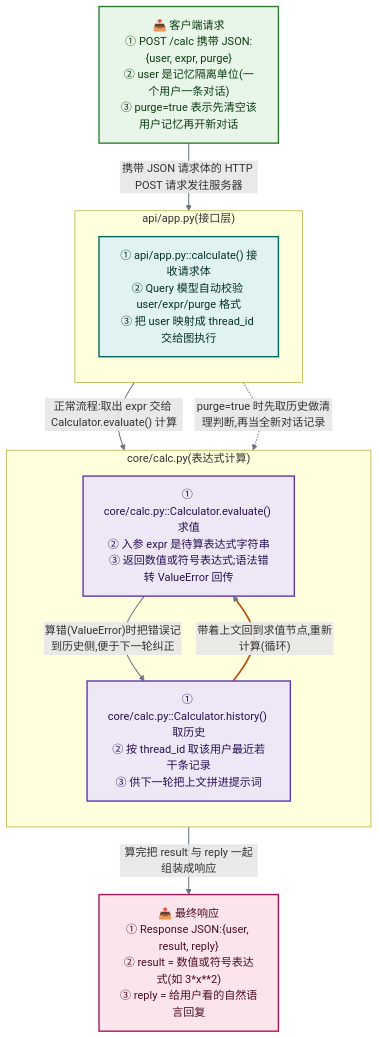
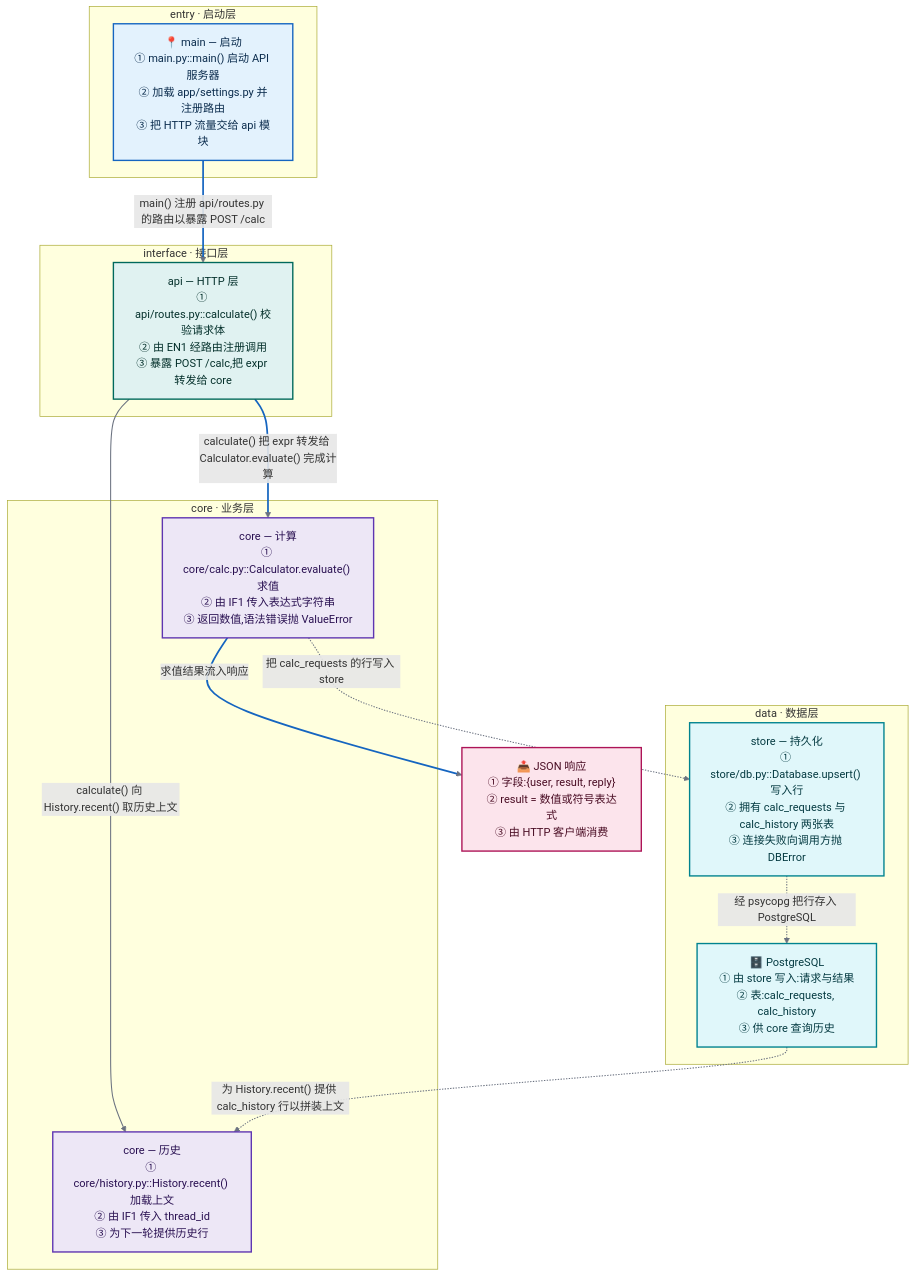
One commit to CaoN1Ma/PROJECT_FLOW changed the diagram in README.zh-CN.md. Above: the diagram before and after it, drawn with Mermaid. The commit also changed other lines of this file and 3 other files, not shown here.

````diff
--- a/README.zh-CN.md
+++ b/README.zh-CN.md
@@ -17,38 +17,46 @@
 ```mermaid
 flowchart TD
     %% ---- 配色类:底色 / 描边 / 文字色三件套 ----
+    classDef entry fill:#e3f2fd,stroke:#1565c0,stroke-width:2px,color:#0b2c4d
     classDef iface fill:#e0f2f1,stroke:#00695c,stroke-width:2px,color:#04302b
     classDef core  fill:#ede7f6,stroke:#5e35b1,stroke-width:2px,color:#2a1152
-    classDef io    fill:#e8f5e9,stroke:#2e7d32,stroke-width:2px,color:#0c3d12
+    classDef data  fill:#e0f7fa,stroke:#00838f,stroke-width:2px,color:#053b42
     classDef out   fill:#fce4ec,stroke:#ad1457,stroke-width:2px,color:#4a0d24
 
-    %% ==================== 输入:客户端请求 ====================
-    IN1["📥 客户端请求<br/>① POST /calc 携带 JSON:{user, expr, purge}<br/>② user 是记忆隔离单位(一个用户一条对话)<br/>③ purge=true 表示先清空该用户记忆再开新对话"]:::io
-
-    %% ==================== 接口层:接收与编排 ====================
-    subgraph SUB_APP["api/app.py(接口层)"]
-        direction TB
-        A1["① api/app.py::calculate() 接收请求体<br/>② Query 模型自动校验 user/expr/purge 格式<br/>③ 把 user 映射成 thread_id 交给图执行"]:::iface
+    %% ==================== 入口:项目如何启动 ====================
+    subgraph SUB_ENTRY["entry · 启动层"]
+        EN1["📍 main — 启动<br/>① main.py::main() 启动 API 服务器<br/>② 加载 app/settings.py 并注册路由<br/>③ 把 HTTP 流量交给 api 模块"]:::entry
     end
 
-    %% ==================== 核心:计算循环 ====================
-    subgraph SUB_CORE["core/calc.py(表达式计算)"]
-        direction TB
-        C1["① core/calc.py::Calculator.evaluate() 求值<br/>② 入参 expr 是待算表达式字符串<br/>③ 返回数值或符号表达式;语法错转 ValueError 回传"]:::core
-        C2["① core/calc.py::Calculator.history() 取历史<br/>② 按 thread_id 取该用户最近若干条记录<br/>③ 供下一轮把上文拼进提示词"]:::core
+    %% ==================== 接口层:HTTP 入口 ====================
+    subgraph SUB_IFACE["interface · 接口层"]
+        IF1["api — HTTP 层<br/>① api/routes.py::calculate() 校验请求体<br/>② 由 EN1 经路由注册调用<br/>③ 暴露 POST /calc,把 expr 转发给 core"]:::iface
     end
 
-    %% ==================== 输出:HTTP 响应 ====================
-    OUT1["📤 最终响应<br/>① Response JSON:{user, result, reply}<br/>② result = 数值或符号表达式(如 3*x**2)<br/>③ reply = 给用户看的自然语言回复"]:::out
+    %% ==================== 核心:业务逻辑 ====================
+    subgraph SUB_CORE["core · 业务层"]
+        CO1["core — 计算<br/>① core/calc.py::Calculator.evaluate() 求值<br/>② 由 IF1 传入表达式字符串<br/>③ 返回数值,语法错误抛 ValueError"]:::core
+        CO2["core — 历史<br/>① core/history.py::History.recent() 加载上文<br/>② 由 IF1 传入 thread_id<br/>③ 为下一轮提供历史行"]:::core
+    end
 
-    %% ==================== 连线(全部带具体说明) ====================
-    IN1 -- "携带 JSON 请求体的 HTTP POST 请求发往服务器" --> A1
-    A1  -- "正常流程:取出 expr 交给 Calculator.evaluate() 计算" --> C1
-    A1  -. "purge=true 时先取历史做清理判断,再当全新对话记录" .-> C2
-    C1  -- "算错(ValueError)时把错误记到历史侧,便于下一轮纠正" --> C2
-    C2  -- "带着上文回到求值节点,重新计算(循环)" --> C1
-    C1  -- "算完把 result 与 reply 一起组装成响应" --> OUT1
+    %% ==================== 数据:数据存在哪 ====================
+    subgraph SUB_DATA["data · 数据层"]
+        SO1["store — 持久化<br/>① store/db.py::Database.upsert() 写入行<br/>② 拥有 calc_requests 与 calc_history 两张表<br/>③ 连接失败向调用方抛 DBError"]:::data
+        DA1["🗄️ PostgreSQL<br/>① 由 store 写入:请求与结果<br/>② 表:calc_requests, calc_history<br/>③ 供 core 查询历史"]:::data
+    end
+
+    %% ==================== 输出:项目产出什么 ====================
+    OUT1["📤 JSON 响应<br/>① 字段:{user, result, reply}<br/>② result = 数值或符号表达式<br/>③ 由 HTTP 客户端消费"]:::out
+
+    %% ==================== 连线:实线=引用,虚线=数据 ====================
+    EN1 -- "main() 注册 api/routes.py 的路由以暴露 POST /calc" --> IF1
+    IF1 -- "calculate() 把 expr 转发给 Calculator.evaluate() 完成计算" --> CO1
+    IF1 -- "calculate() 向 History.recent() 取历史上文" --> CO2
+    CO1 -. "把 calc_requests 的行写入 store" .-> SO1
+    SO1 -. "经 psycopg 把行存入 PostgreSQL" .-> DA1
+    DA1 -. "为 History.recent() 提供 calc_history 行以拼装上文" .-> CO2
+    CO1 -- "求值结果流入响应" --> OUT1
 
     linkStyle default stroke:#6b7280,stroke-width:1.5px
-    linkStyle 4 stroke:#b45309,stroke-width:2.5px
+    linkStyle 0,1,6 stroke:#1565c0,stroke-width:2.5px
 ```
````
